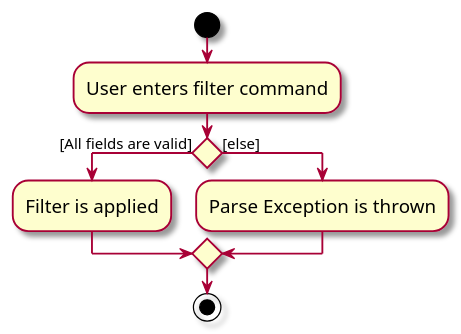
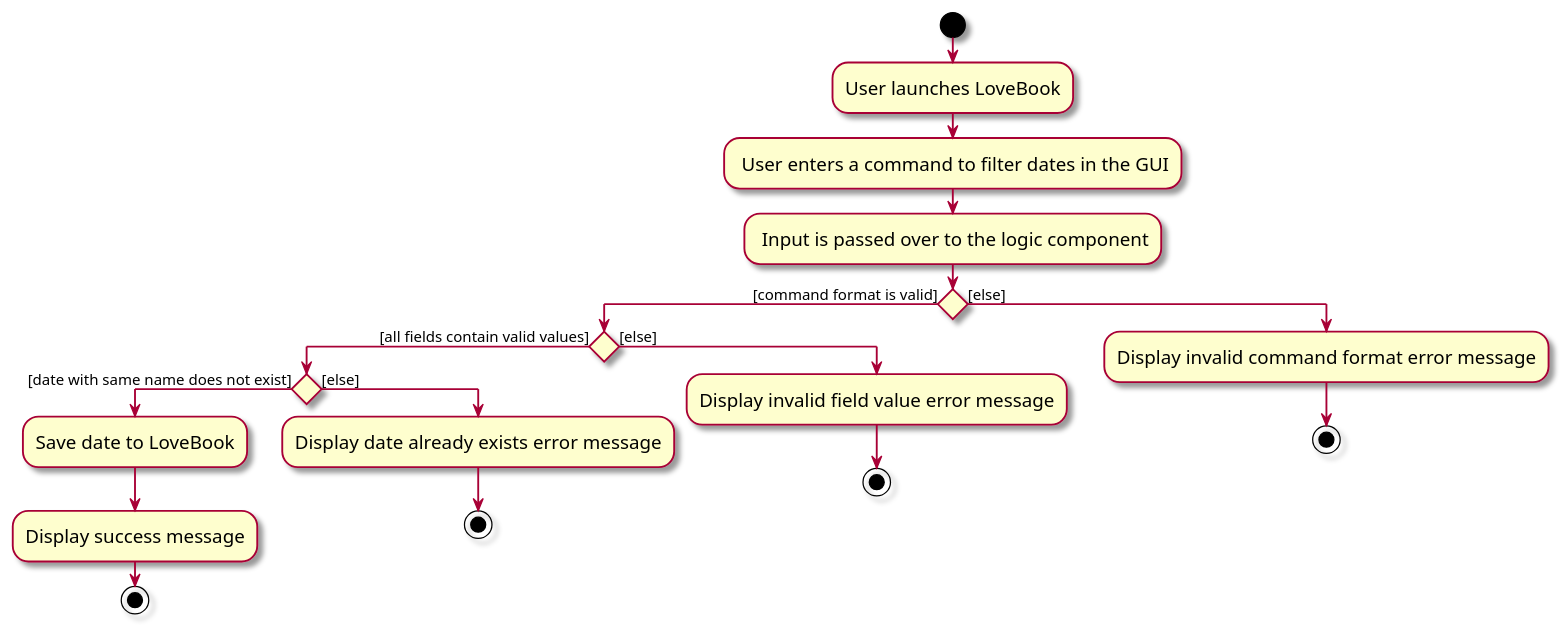
One commit to nus-cs2103-AY2324S1/tp changed the diagram in docs/diagrams/FilterActivity.puml. Above: the diagram before and after it, drawn with PlantUML. The commit also changed 5 other files, not shown here.

```diff
--- a/docs/diagrams/FilterActivity.puml
+++ b/docs/diagrams/FilterActivity.puml
@@ -1,17 +1,30 @@
 @startuml
 skin rose
 skinparam ActivityFontSize 15
 skinparam ArrowFontSize 12
 start
-:User enters filter command;
+:User launches LoveBook;
 
-'Since the beta syntax does not support placing the condition outside the
-'diamond we place it as the true branch instead.
+: User enters a command to filter dates in the GUI;
 
-if () then ([All fields are valid])
-    :Filter is applied;
+: Input is passed over to the logic component;
+
+if () then ([command format is valid])
+        if () then ([all fields contain valid values])
+            if () then ([date with same name does not exist])
+                :Save date to LoveBook;
+                :Display success message;
+                stop
+            else ([else])
+                :Display date already exists error message;
+                stop
+            endif
+        else ([else])
+            :Display invalid field value error message;
+            stop
+        endif
 else ([else])
-:Parse Exception is thrown;
+    :Display invalid command format error message;
+    stop
 endif
-stop
 @enduml
```
